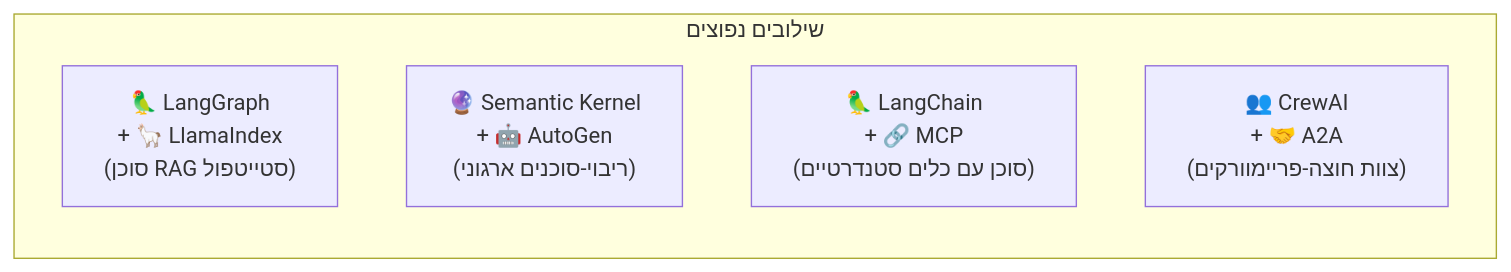
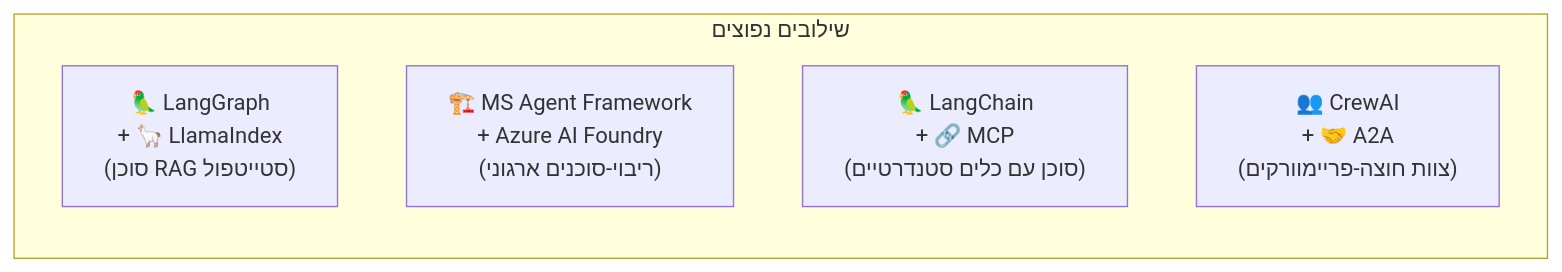
One commit to roie9876/AI-Agent-Platform changed diagram 18 of 19 in education/heb/16-agent-frameworks.md. Above: the diagram before and after it, drawn with Mermaid. The commit also changed other lines of this file and 1 other file, not shown here.

First line of the commit message:
feat: add Microsoft Agent Framework and Deep Agents to chapter 16

````diff
--- a/education/heb/16-agent-frameworks.md
+++ b/education/heb/16-agent-frameworks.md
@@ -712,9 +831,9 @@
 ```mermaid
 graph LR
     subgraph "שילובים נפוצים"
         C1["🦜 LangGraph<br/>+ 🦙 LlamaIndex<br/>(סוכן RAG סטייטפול)"]
-        C2["🔮 Semantic Kernel<br/>+ 🤖 AutoGen<br/>(ריבוי-סוכנים ארגוני)"]
+        C2["🏗️ MS Agent Framework<br/>+ Azure AI Foundry<br/>(ריבוי-סוכנים ארגוני)"]
         C3["🦜 LangChain<br/>+ 🔗 MCP<br/>(סוכן עם כלים סטנדרטיים)"]
         C4["👥 CrewAI<br/>+ 🤝 A2A<br/>(צוות חוצה-פריימוורקים)"]
     end
 ```
````
